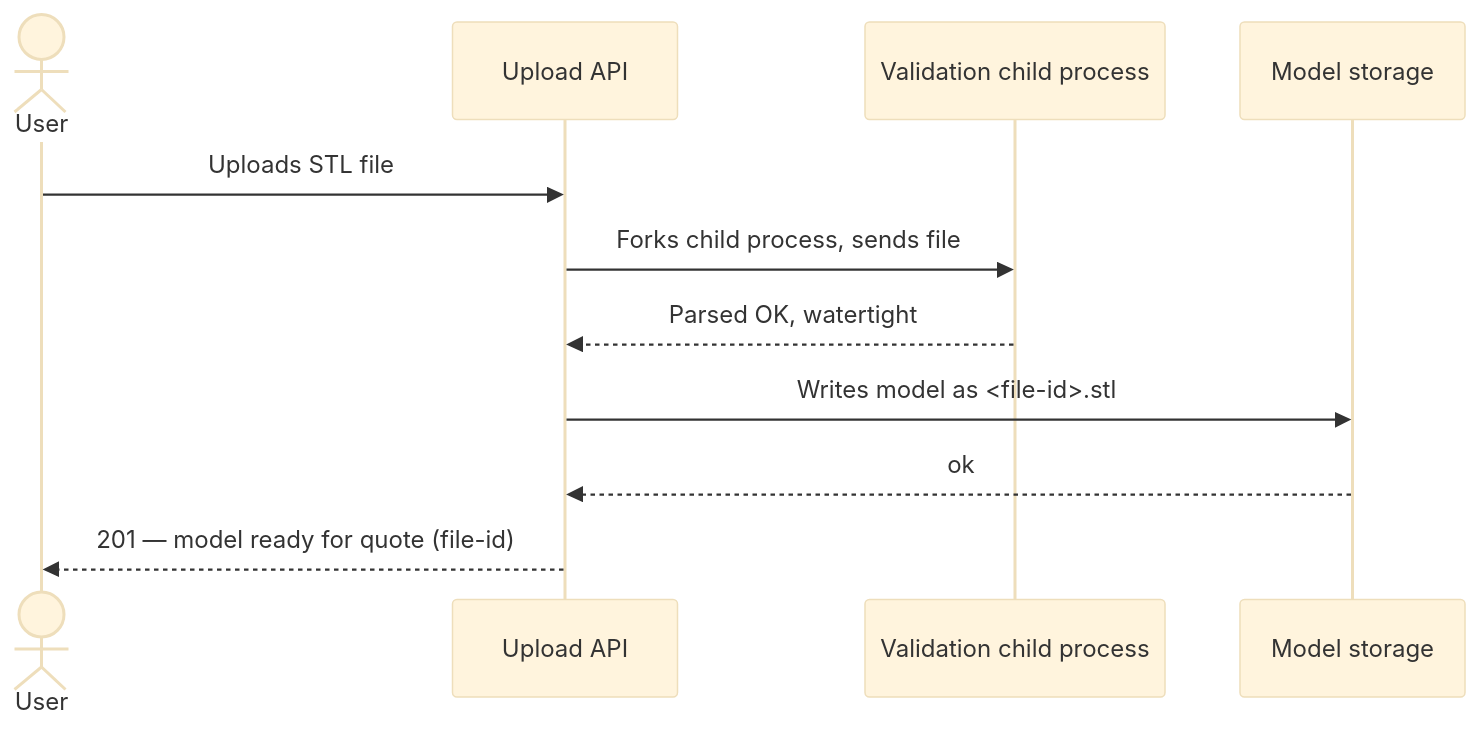
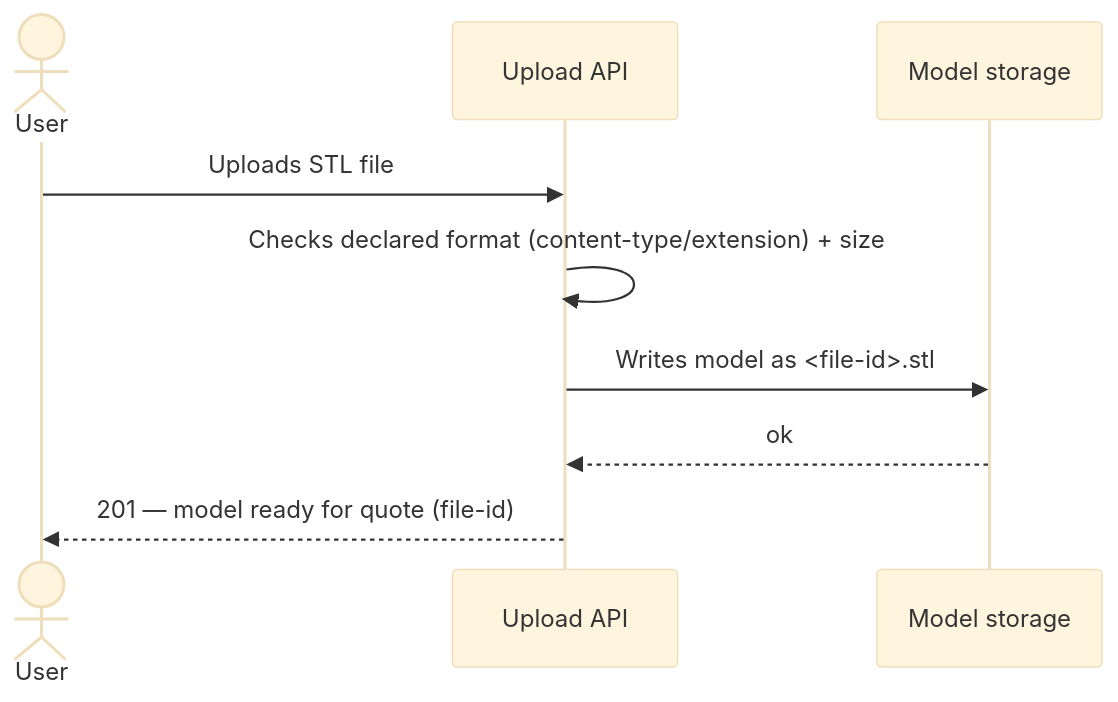
One commit to yahacom/print-marketplace changed the third of 5 diagrams in docs/features/stl-upload/sad.md. Above: the diagram before and after it, drawn with Mermaid (base theme). The commit also changed other lines of this file and 25 other files, not shown here.

````diff
--- a/docs/features/stl-upload/sad.md
+++ b/docs/features/stl-upload/sad.md
@@ -142,13 +138,11 @@
 ```mermaid
 sequenceDiagram
     actor User
     participant API as Upload API
-    participant Sandbox as Validation child process
     participant FS as Model storage
     User->>API: Uploads STL file
-    API->>Sandbox: Forks child process, sends file
-    Sandbox-->>API: Parsed OK, watertight
+    API->>API: Checks declared format (content-type/extension) + size
     API->>FS: Writes model as <file-id>.stl
     FS-->>API: ok
     API-->>User: 201 — model ready for quote (file-id)
 ```
````
